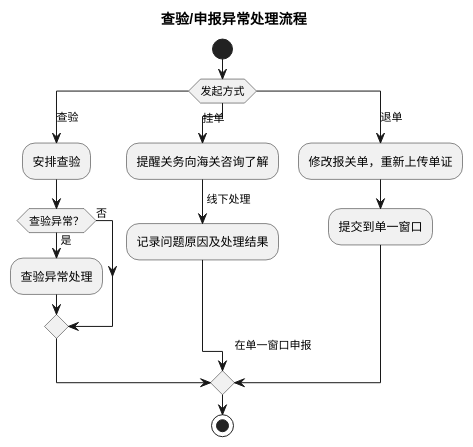
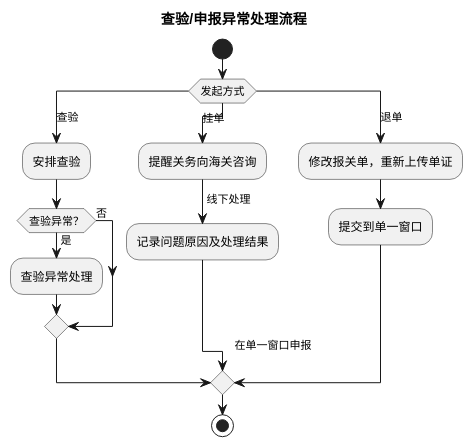
Before and after one commit to jack888332/projects-doc: the seventh of 11 diagrams in product-caliber/goldjet/segmented-prd/mainflow/PRD.高捷物流系统一期.主流程.03.普货进出口关务详细流程.md, drawn with PlantUML. The commit also changed other lines of this file and 59 other files, not shown here.

````diff
--- a/product-caliber/goldjet/segmented-prd/mainflow/PRD.高捷物流系统一期.主流程.03.普货进出口关务详细流程.md
+++ b/product-caliber/goldjet/segmented-prd/mainflow/PRD.高捷物流系统一期.主流程.03.普货进出口关务详细流程.md
@@ -217,23 +203,23 @@
 ```plantuml
 @startuml
 title 查验/申报异常处理流程
 start
 switch (发起方式)
 case (查验)
   :安排查验;
   if (查验异常？) then (是)
     :查验异常处理;
   else (否)
   endif
 case (挂单)
-  :提醒关务向海关咨询了解;
+  :提醒关务向海关咨询;
   -> 线下处理;
   :记录问题原因及处理结果;
 case (退单)
   :修改报关单，重新上传单证;
   :提交到单一窗口;
   -> 在单一窗口申报;
 endswitch
 stop
 @enduml
 ```
````
